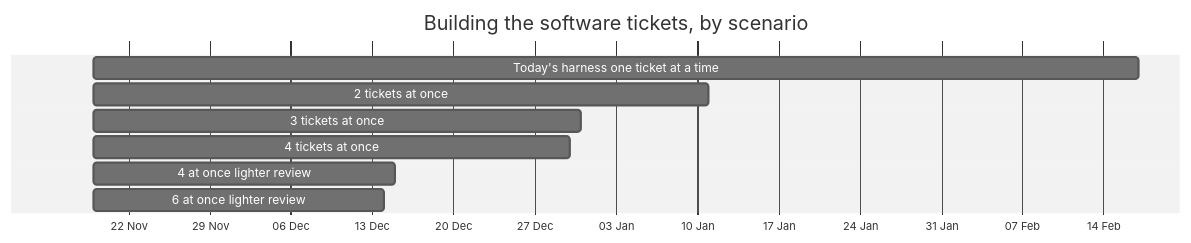
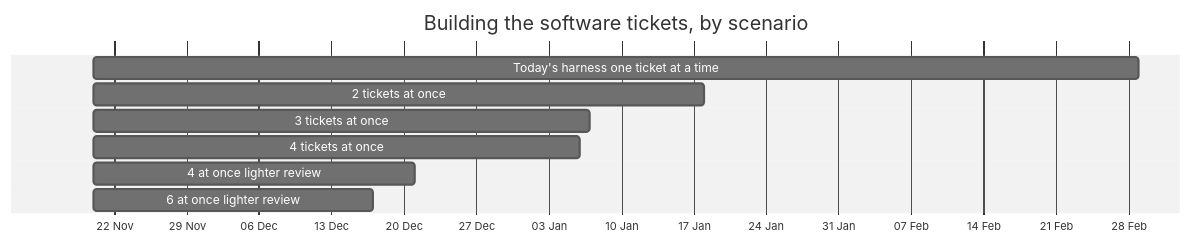
Before and after one commit to gpbcom/swarm: the first of 3 diagrams in docs/specs/roadmap/14-parallel-plan.md, drawn with Mermaid (neutral theme). The commit also changed other lines of this file and 186 other files, not shown here.

````diff
--- a/docs/specs/roadmap/14-parallel-plan.md
+++ b/docs/specs/roadmap/14-parallel-plan.md
@@ -47,12 +47,12 @@
 ```mermaid
 gantt
     title Building the software tickets, by scenario
     dateFormat YYYY-MM-DD
     axisFormat %d %b
-    Today's harness one ticket at a time :serial, 2026-11-19, 2027-02-17
-    2 tickets at once :k2, 2026-11-19, 2027-01-11
-    3 tickets at once :k3, 2026-11-19, 2026-12-31
-    4 tickets at once :k4, 2026-11-19, 2026-12-30
-    4 at once lighter review :k4_light, 2026-11-19, 2026-12-15
-    6 at once lighter review :k6_light, 2026-11-19, 2026-12-14
+    Today's harness one ticket at a time :serial, 2026-11-20, 2027-03-01
+    2 tickets at once :k2, 2026-11-20, 2027-01-18
+    3 tickets at once :k3, 2026-11-20, 2027-01-07
+    4 tickets at once :k4, 2026-11-20, 2027-01-06
+    4 at once lighter review :k4_light, 2026-11-20, 2026-12-21
+    6 at once lighter review :k6_light, 2026-11-20, 2026-12-17
 ```
````
